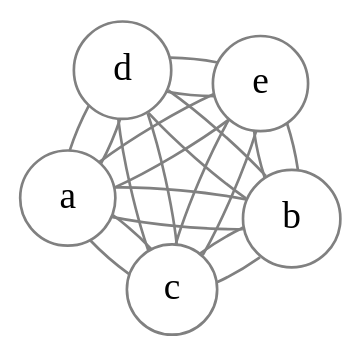
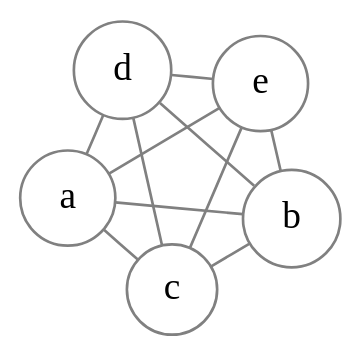
The third of 4 diagrams in uni/Discrete math/Graphs/Graphs - basics.md (dgudim2/obsidian_vault), drawn with Graphviz before and after one commit. The commit also changed other lines of this file and 2 other files, not shown here.

Commit message:
vault sync: 2023-03-28 17:18:08
Affected files:
uni/Discrete math/Graphs/Graphs - basics.md
uni/Discrete math/Graphs/Graphs - metrics2.md
uni/Discrete math/Graphs/Graphs - morphism.md

````diff
--- a/uni/Discrete math/Graphs/Graphs - basics.md
+++ b/uni/Discrete math/Graphs/Graphs - basics.md
@@ -197,22 +197,22 @@
 ```dot
 graph neato {
 
 bgcolor="transparent"
 
 graph [layout = neato]
 
 node [shape = circle,
       style = filled,
       width=0.3,
       height=0.3,
       color = grey,
       fillcolor = white]
 
 edge [color = grey]
 a -- {b c d e}
-b -- {a c d e}
-c -- {a b d e}
-d -- {a b c e}
-e -- {a b c d}
+b -- {c d e}
+c -- {d e}
+d -- {e}
+
 }
 ```
````
